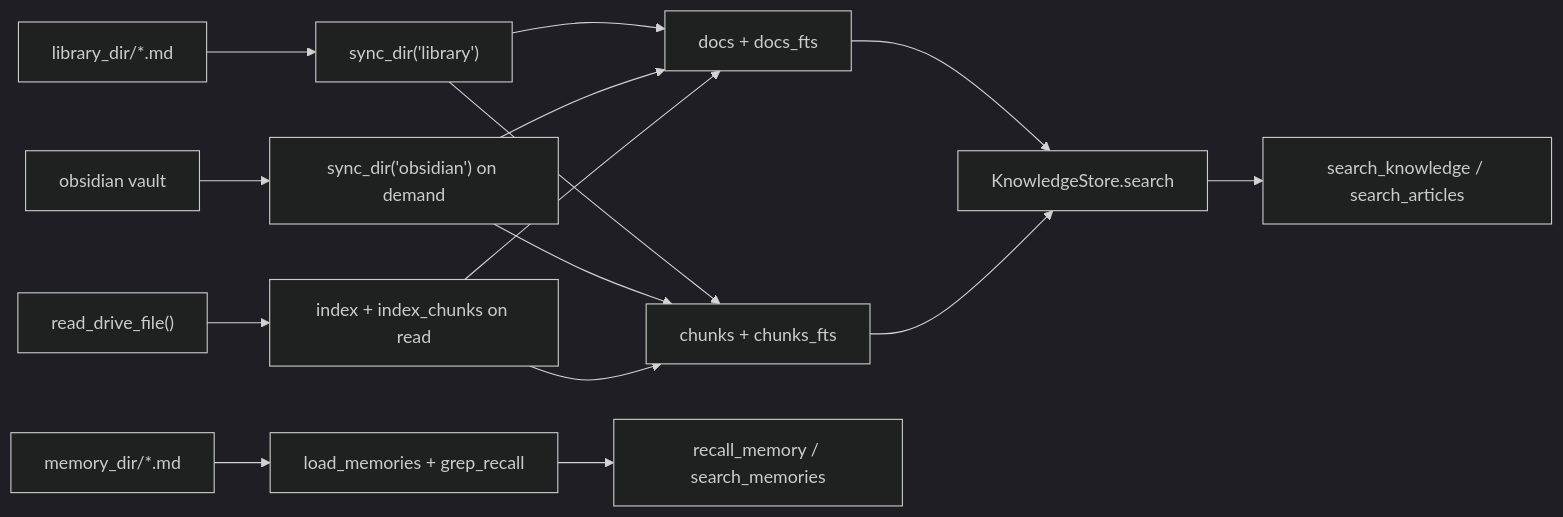
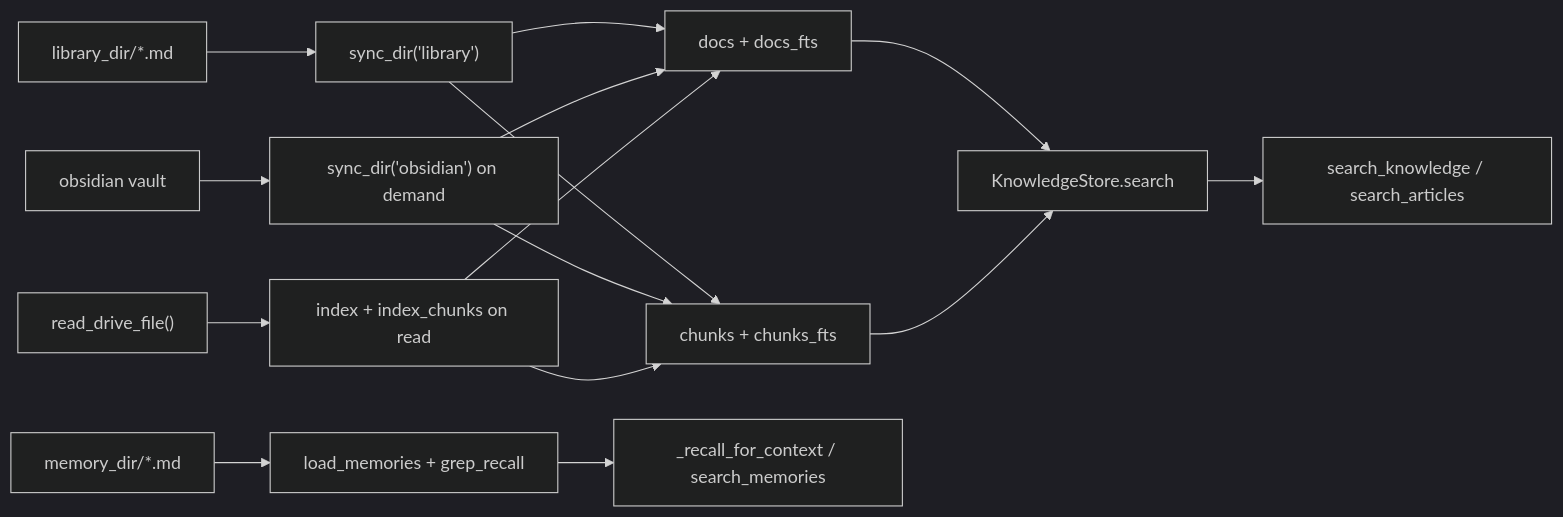
Before and after one commit to binlecode/co-cli: the second of 2 diagrams in docs/DESIGN-context.md, drawn with Mermaid (dark theme). The commit also changed other lines of this file and 15 other files, not shown here.

````diff
--- a/docs/DESIGN-context.md
+++ b/docs/DESIGN-context.md
@@ -260,20 +260,20 @@
 ```mermaid
 flowchart LR
     Memories["memory_dir/*.md"] --> MemGrep["load_memories + grep_recall"]
     Library["library_dir/*.md"] --> SyncLib["sync_dir('library')"]
     Obsidian["obsidian vault"] --> SyncObs["sync_dir('obsidian') on demand"]
     Drive["read_drive_file()"] --> CacheDrive["index + index_chunks on read"]
 
     SyncLib --> Docs["docs + docs_fts"]
     SyncObs --> Docs
     CacheDrive --> Docs
 
     SyncLib --> Chunks["chunks + chunks_fts"]
     SyncObs --> Chunks
     CacheDrive --> Chunks
 
-    MemGrep --> MemTools["recall_memory / search_memories"]
+    MemGrep --> MemTools["_recall_for_context / search_memories"]
     Docs --> Search["KnowledgeStore.search"]
     Chunks --> Search
     Search --> ArtTools["search_knowledge / search_articles"]
 ```
````
